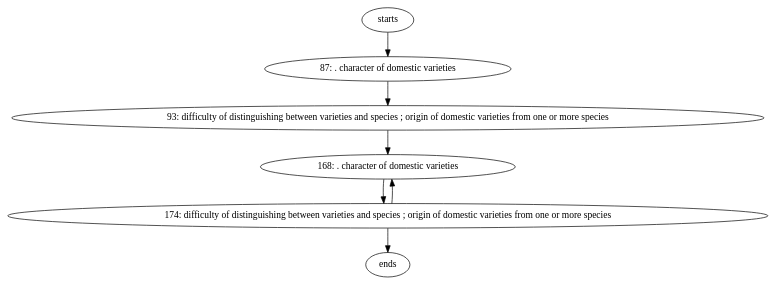
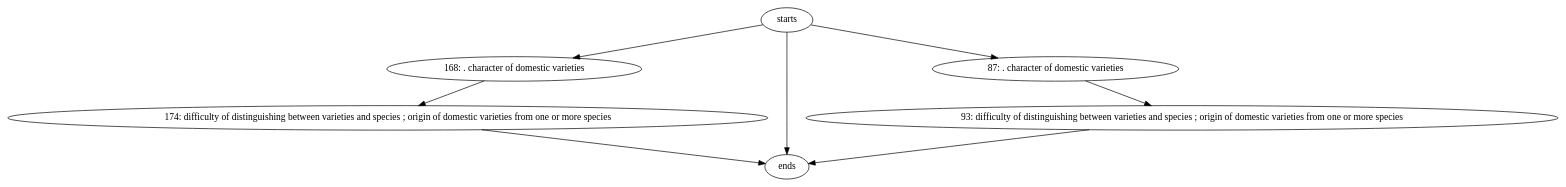
Before and after one commit to djbpitt/scala-graphing-sandbox: the diagram in src/main/outputs/dependency-graph-168-174-87-93.dot, drawn with Graphviz. The commit also changed 3 other files, not shown here.

```diff
--- a/src/main/outputs/dependency-graph-168-174-87-93.dot
+++ b/src/main/outputs/dependency-graph-168-174-87-93.dot
@@ -1,14 +1,15 @@
 digraph G {
 	168 -> 174;
-	174 -> 168;
 	174 -> ends;
-	93 -> 168;
+	93 -> ends;
 	87 -> 93;
+	starts -> ends;
 	starts -> 87;
+	starts -> 168;
 	168[label="168: . character of domestic varieties "];
 	174[label="174: difficulty of distinguishing between varieties and species ; origin of domestic varieties from one or more species "];
 	93[label="93: difficulty of distinguishing between varieties and species ; origin of domestic varieties from one or more species "];
 	ends[label=ends];
 	87[label="87: . character of domestic varieties "];
 	starts[label=starts]
 }
```
